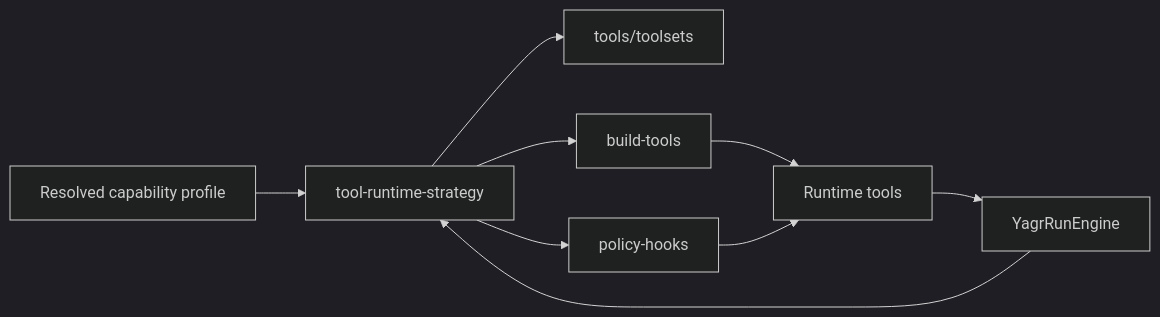
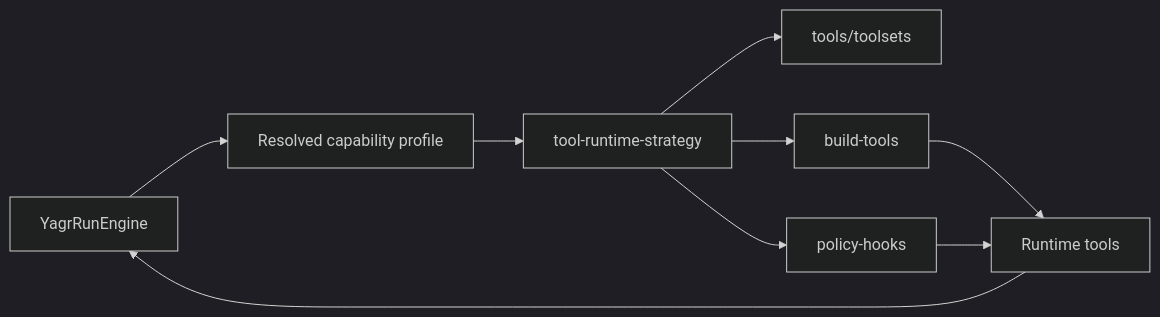
Before and after one commit to EtienneLescot/yagr: the fifth of 6 diagrams in architecture/current/runtime-flows.md, drawn with Mermaid (dark theme). The commit also changed other lines of this file and 3 other files, not shown here.

Commit message:
refactor: update architecture documentation to enhance clarity on module responsibilities and runtime flows

````diff
--- a/architecture/current/runtime-flows.md
+++ b/architecture/current/runtime-flows.md
@@ -108,19 +129,19 @@
 ```mermaid
 flowchart LR
+    RUN[YagrRunEngine]
     CAP[Resolved capability profile]
     STRAT[tool-runtime-strategy]
     SETS[tools/toolsets]
     BUILD[build-tools]
     HOOKS[policy-hooks]
-    RUN[YagrRunEngine]
     TOOLS[Runtime tools]
 
+    RUN --> CAP
     CAP --> STRAT
     STRAT --> SETS
     STRAT --> BUILD
     STRAT --> HOOKS
     BUILD --> TOOLS
     HOOKS --> TOOLS
     TOOLS --> RUN
-    RUN --> STRAT
 ```
````
